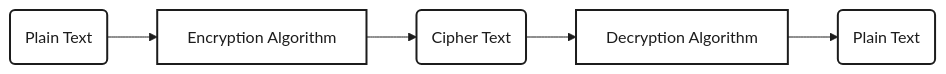
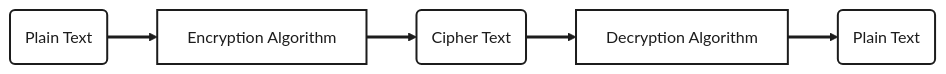
Before and after one commit to SecuritySynapse/www.securitysynapse.org: the first of 2 diagrams in slides/weekfour/index.qmd, drawn with Mermaid (neutral theme).

Commit message:
style: Try to make the lines appear the same in the two diagrams in the slides/weekfour/index.qmd file.

````diff
--- a/slides/weekfour/index.qmd
+++ b/slides/weekfour/index.qmd
@@ -340,14 +340,14 @@
 ```{mermaid}
 %%| echo: false
 flowchart LR
   A(Plain Text) --> B[Encryption Algorithm]
   B --> C(Cipher Text)
   C --> D[Decryption Algorithm]
   D --> E(Plain Text)
   style A fill:#fff,color:#1c1c1c,stroke:#1c1c1c,stroke-width:2px
   style B fill:#fff,color:#1c1c1c,stroke:#1c1c1c,stroke-width:2px
   style C fill:#fff,color:#1c1c1c,stroke:#1c1c1c,stroke-width:2px
   style D fill:#fff,color:#1c1c1c,stroke:#1c1c1c,stroke-width:2px
   style E fill:#fff,color:#1c1c1c,stroke:#1c1c1c,stroke-width:2px
-  linkStyle 0,1,2,3 stroke:#1c1c1c,color:#1c1c1c
+  linkStyle 0,1,2,3 stroke:#1c1c1c,color:#1c1c1c,stroke-width:3px
 ```
````
